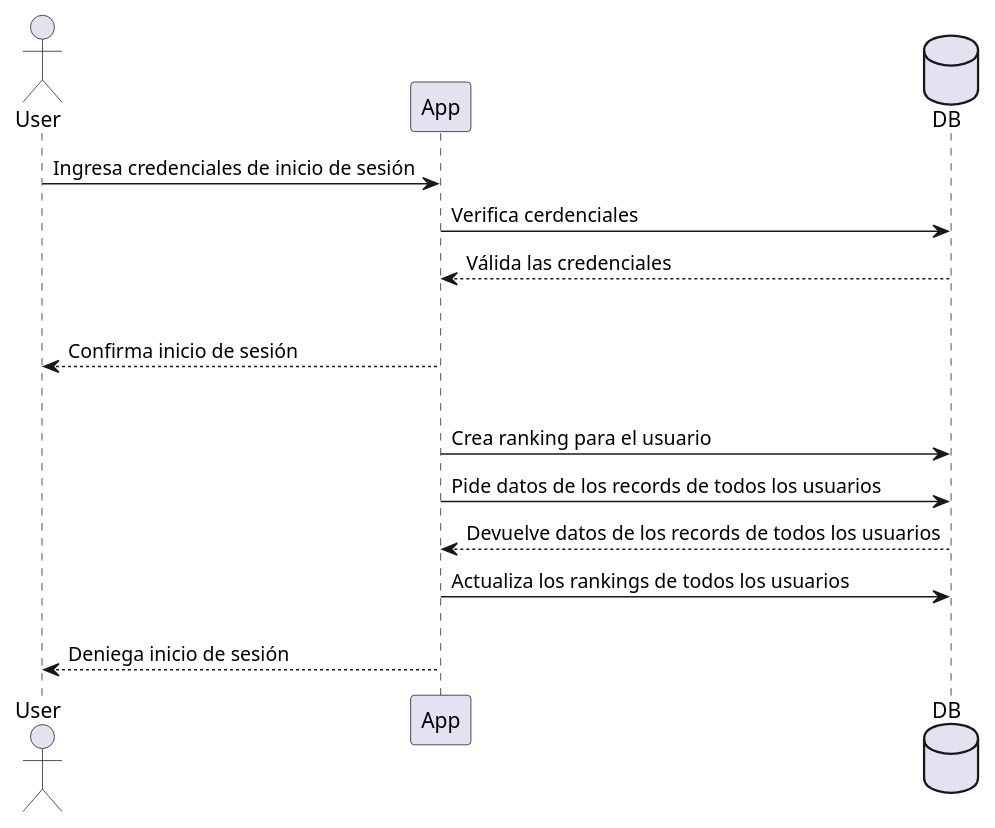
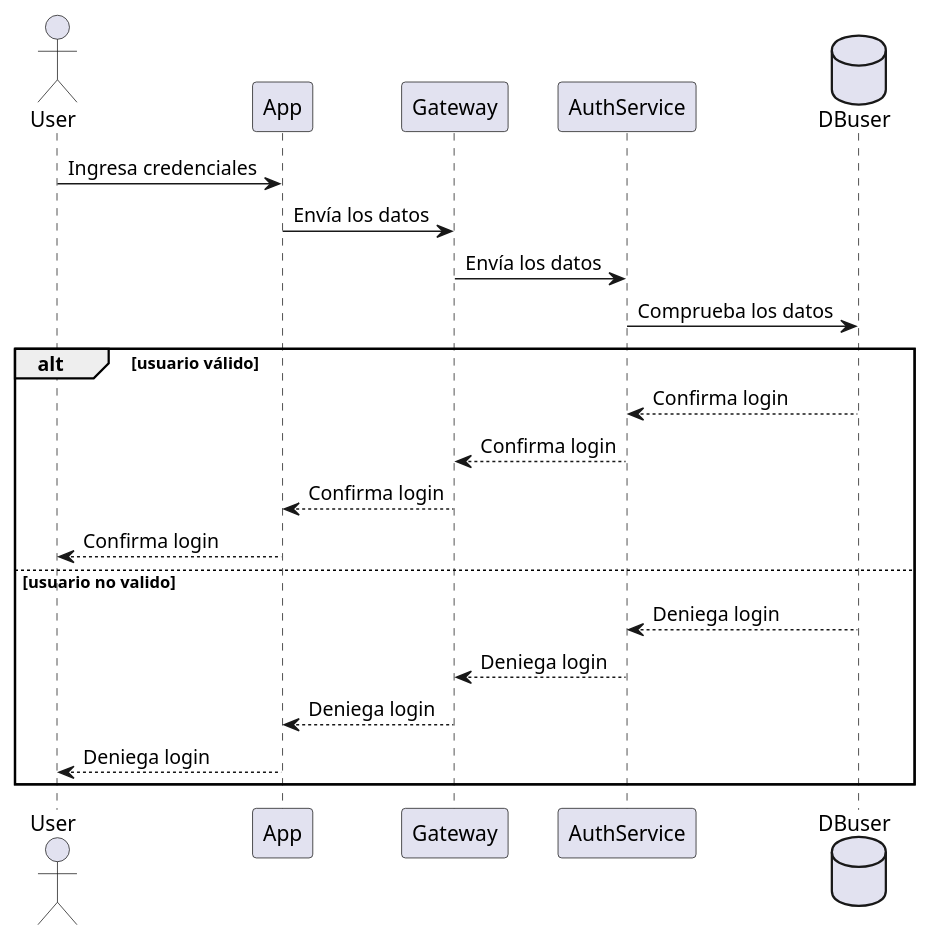
The second of 9 diagrams in docs/src/06_runtime_view.adoc (Arquisoft/wiq_es6b), drawn with PlantUML before and after one commit. The commit also changed other lines of this file, not shown here.

Commit message:
Actualizados diagramas de secuencia

```diff
--- a/docs/src/06_runtime_view.adoc
+++ b/docs/src/06_runtime_view.adoc
@@ -42,19 +42,28 @@
 [plantuml,"Login",png]
 ----
 actor User
 participant App
-database DB
+participant Gateway
+participant AuthService
+database DBuser
 
-User -> App: Ingresa credenciales de inicio de sesión
-App -> DB: Verifica cerdenciales
-App <-- DB: Válida las credenciales
-alt credenciales válidas
-    User <-- App:  Confirma inicio de sesión
-    alt usuario que nunca habia iniciado sesion
-        App -> DB: Crea ranking para el usuario
-    App -> DB: Pide datos de los records de todos los usuarios
-    App <-- DB: Devuelve datos de los records de todos los usuarios
-    App -> DB: Actualiza los rankings de todos los usuarios
-else credenciales inválidas
-    User <-- App:  Deniega inicio de sesión
+User -> App: Ingresa credenciales
+App -> Gateway: Envía los datos
+Gateway -> AuthService: Envía los datos
+AuthService-> DBuser: Comprueba los datos
+
+alt usuario válido
+
+    AuthService<-- DBuser: Confirma login
+    Gateway <-- AuthService: Confirma login
+    App<-- Gateway: Confirma login
+    User <-- App: Confirma login
+
+else usuario no valido
+    AuthService <-- DBuser : Deniega login
+    Gateway <-- AuthService: Deniega login
+    App <-- Gateway: Deniega login
+    User <-- App: Deniega login
+
+end
 ----
```
